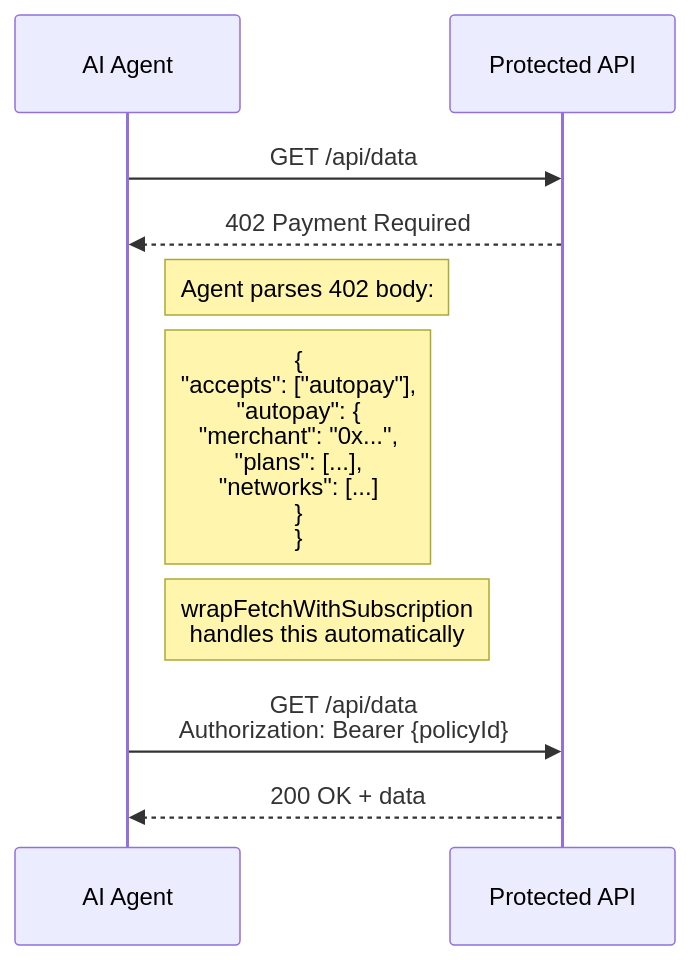
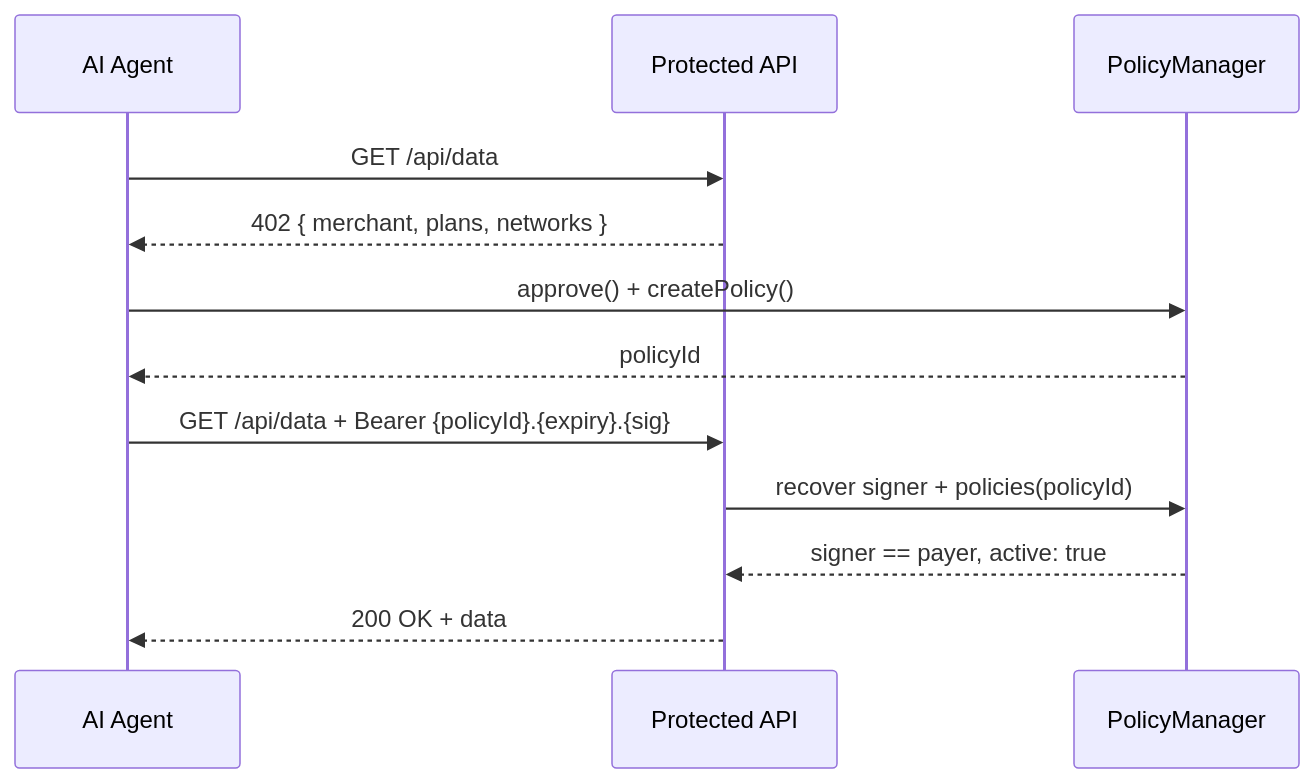
One commit to apeoverflow/Auto-Pay-Protocol changed the eighth of 12 diagrams in documentation/AGENT_ARCHITECTURE.md. Above: the diagram before and after it, drawn with Mermaid. The commit also changed other lines of this file, not shown here.

Commit message:
updates to agent docs

````diff
--- a/documentation/AGENT_ARCHITECTURE.md
+++ b/documentation/AGENT_ARCHITECTURE.md
@@ -376,16 +409,17 @@
 ```mermaid
 sequenceDiagram
-    participant Agent as AI Agent
-    participant Service as Protected API
+    participant A as AI Agent
+    participant S as Protected API
+    participant PM as PolicyManager
 
-    Agent->>Service: GET /api/data
-    Service-->>Agent: 402 Payment Required
+    A->>S: GET /api/data
+    S-->>A: 402 { merchant, plans, networks }
 
-    Note right of Agent: Agent parses 402 body:
-    Note right of Agent: {<br/>  "accepts": ["autopay"],<br/>  "autopay": {<br/>    "merchant": "0x...",<br/>    "plans": [...],<br/>    "networks": [...]<br/>  }<br/>}
+    A->>PM: approve() + createPolicy()
+    PM-->>A: policyId
 
-    Note right of Agent: wrapFetchWithSubscription<br/>handles this automatically
-
-    Agent->>Service: GET /api/data<br/>Authorization: Bearer {policyId}
-    Service-->>Agent: 200 OK + data
+    A->>S: GET /api/data + Bearer {policyId}.{expiry}.{sig}
+    S->>PM: recover signer + policies(policyId)
+    PM-->>S: signer == payer, active: true
+    S-->>A: 200 OK + data
 ```
````
